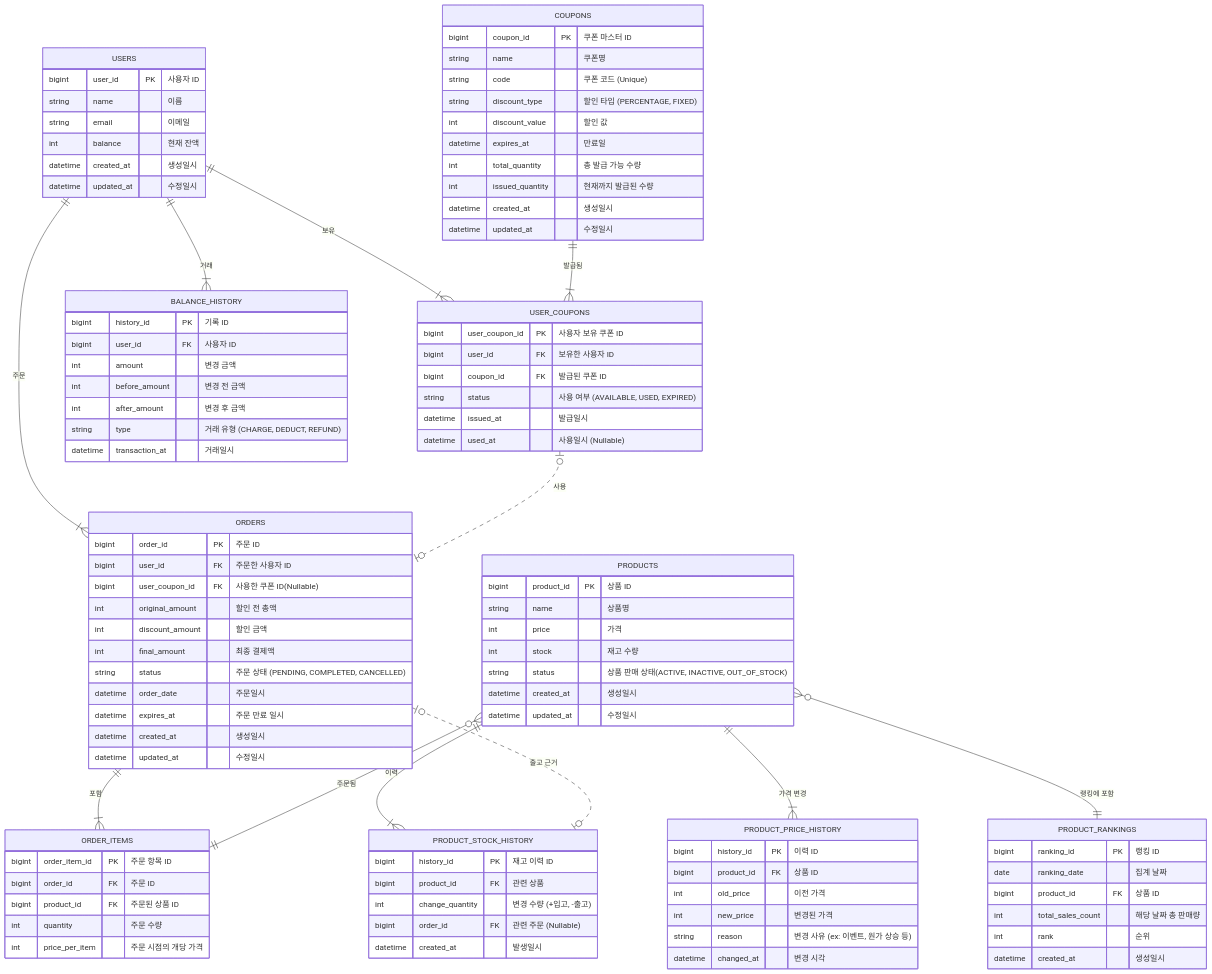
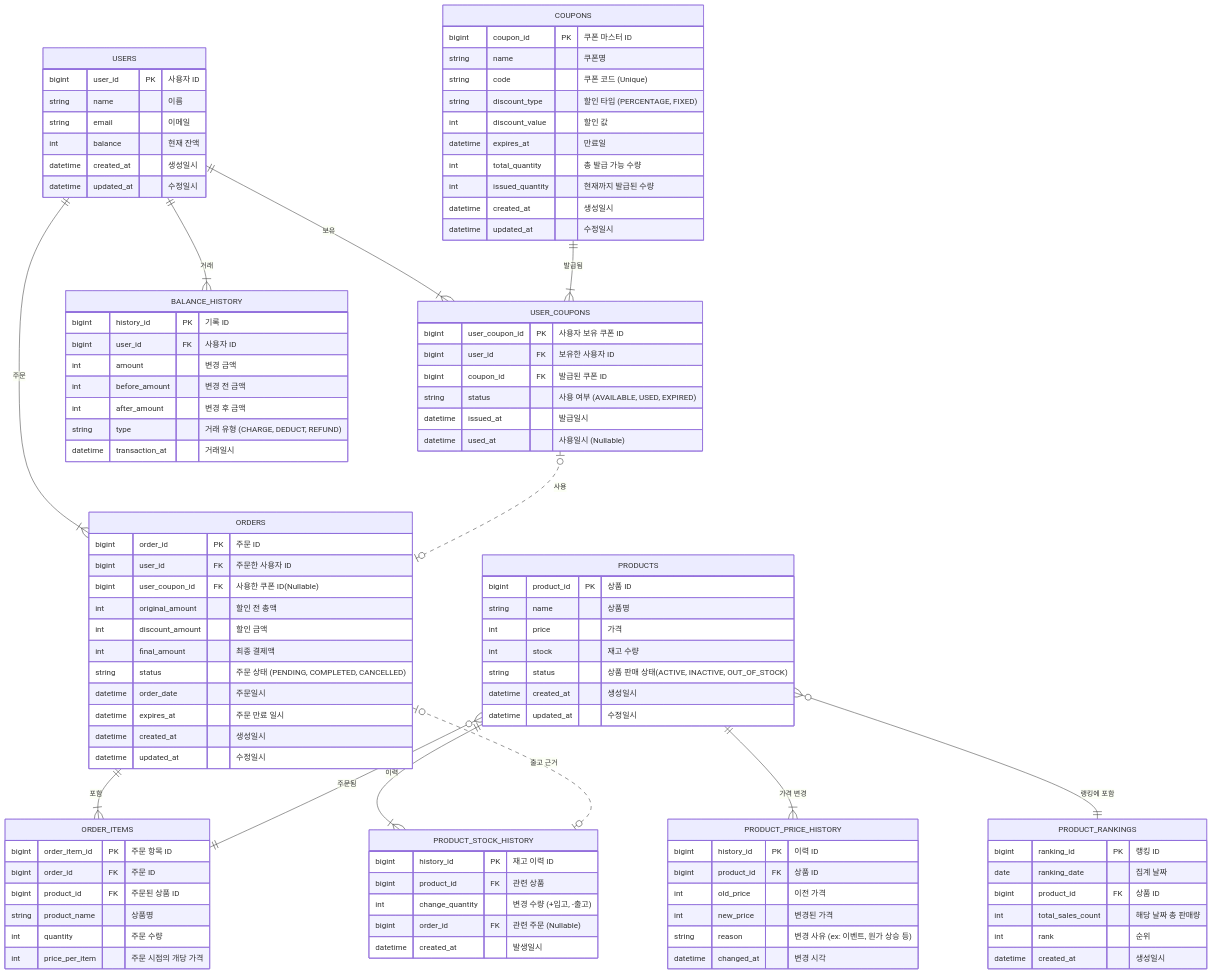
Before and after one commit to kbyunghoon/e-commerce: the diagram in docs/03_erd.md, drawn with Mermaid. The commit also changed 36 other files, not shown here.

```diff
--- a/docs/03_erd.md
+++ b/docs/03_erd.md
@@ -46,6 +46,7 @@
         bigint order_item_id PK "주문 항목 ID"
         bigint order_id FK "주문 ID"
         bigint product_id FK "주문된 상품 ID"
+        string product_name "상품명"
         int quantity "주문 수량"
         int price_per_item "주문 시점의 개당 가격"
     }
```
